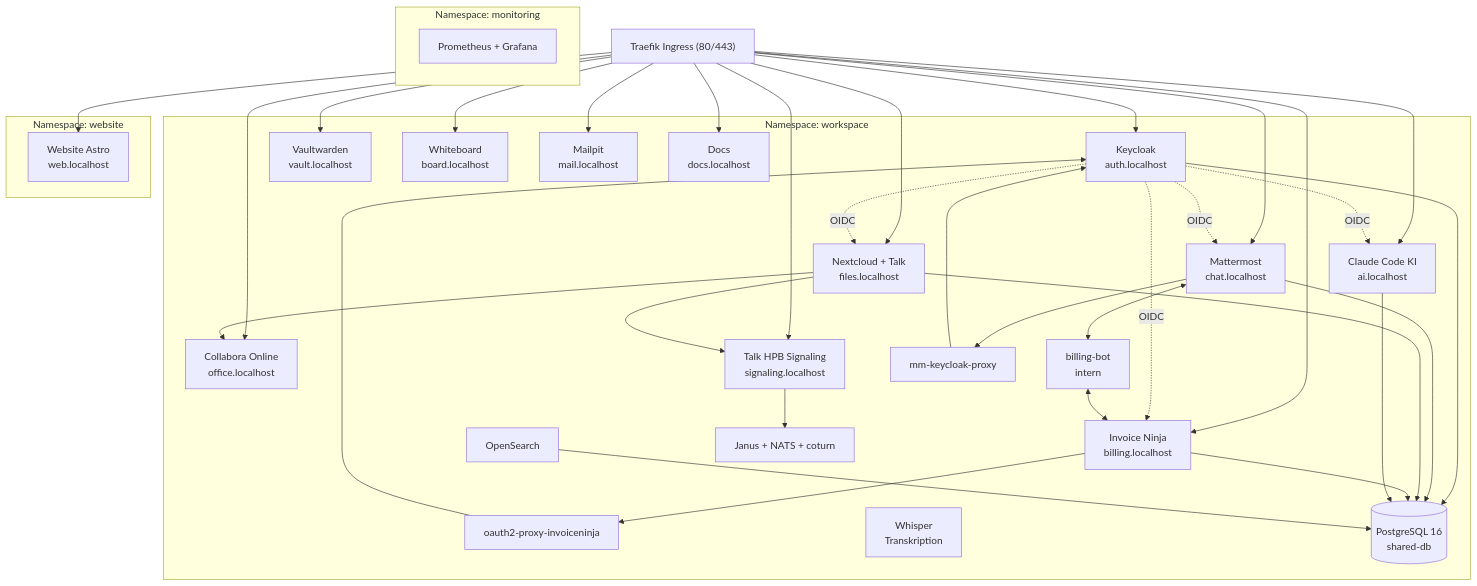
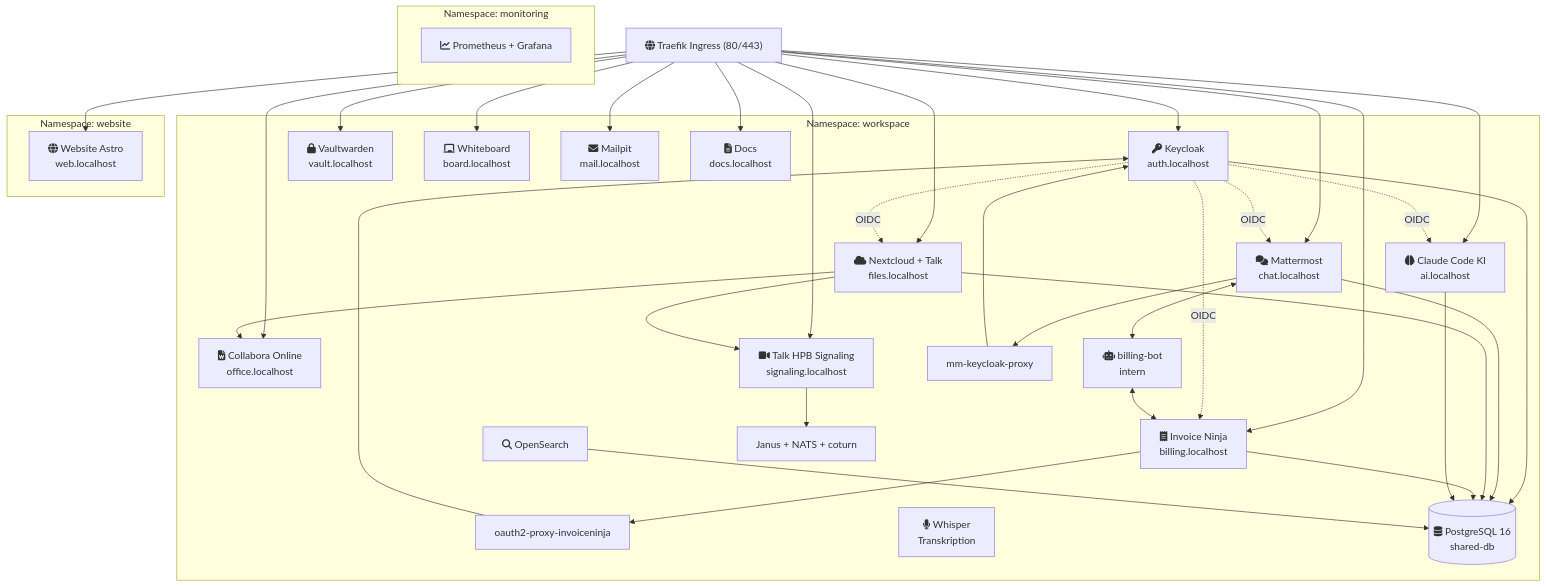
The diagram in CLAUDE.md (Paddione/Bachelorprojekt), drawn with Mermaid before and after one commit. The commit also changed 6 other files, not shown here.

First line of the commit message:
docs: Dokumentation ins Deutsche übersetzen und Mermaid-Diagramme visuell aufwerten

````diff
--- a/CLAUDE.md
+++ b/CLAUDE.md
@@ -113,45 +113,45 @@
 ```mermaid
 graph TB
-    Traefik["Traefik Ingress (80/443)"]
+    Traefik["fa:fa-globe Traefik Ingress (80/443)"]
 
     subgraph workspace ["Namespace: workspace"]
-        KC[Keycloak<br/>auth.localhost]
-        MM[Mattermost<br/>chat.localhost]
-        NC[Nextcloud + Talk<br/>files.localhost]
-        CO[Collabora Online<br/>office.localhost]
-        HPB[Talk HPB Signaling<br/>signaling.localhost]
-        OC[Claude Code KI<br/>ai.localhost]
-        IN[Invoice Ninja<br/>billing.localhost]
-        VW[Vaultwarden<br/>vault.localhost]
-        WB[Whiteboard<br/>board.localhost]
-        MP[Mailpit<br/>mail.localhost]
-        OS[OpenSearch]
-        DOCS[Docs<br/>docs.localhost]
-        BB[billing-bot<br/>intern]
+        KC["fa:fa-key Keycloak<br/>auth.localhost"]
+        MM["fa:fa-comments Mattermost<br/>chat.localhost"]
+        NC["fa:fa-cloud Nextcloud + Talk<br/>files.localhost"]
+        CO["fa:fa-file-word Collabora Online<br/>office.localhost"]
+        HPB["fa:fa-video Talk HPB Signaling<br/>signaling.localhost"]
+        OC["fa:fa-brain Claude Code KI<br/>ai.localhost"]
+        IN["fa:fa-receipt Invoice Ninja<br/>billing.localhost"]
+        VW["fa:fa-lock Vaultwarden<br/>vault.localhost"]
+        WB["fa:fa-chalkboard Whiteboard<br/>board.localhost"]
+        MP["fa:fa-envelope Mailpit<br/>mail.localhost"]
+        OS["fa:fa-search OpenSearch"]
+        DOCS["fa:fa-file-lines Docs<br/>docs.localhost"]
+        BB["fa:fa-robot billing-bot<br/>intern"]
         PROXY[mm-keycloak-proxy]
         OAUTH[oauth2-proxy-invoiceninja]
-        WHISPER[Whisper<br/>Transkription]
+        WHISPER["fa:fa-microphone Whisper<br/>Transkription"]
         JANUS[Janus + NATS + coturn]
-        DB[(PostgreSQL 16<br/>shared-db)]
+        DB[("fa:fa-database PostgreSQL 16<br/>shared-db")]
     end
 
     subgraph website-ns ["Namespace: website"]
-        WEB[Website Astro<br/>web.localhost]
+        WEB["fa:fa-globe Website Astro<br/>web.localhost"]
     end
 
     subgraph monitoring-ns ["Namespace: monitoring"]
-        PROM[Prometheus + Grafana]
+        PROM["fa:fa-chart-line Prometheus + Grafana"]
     end
 
     Traefik --> KC & MM & NC & CO & HPB & OC & IN & VW & WB & MP & DOCS & WEB
 
     KC -. OIDC .-> MM & NC & IN & OC
     PROXY --> KC
     MM --> PROXY
     OAUTH --> KC
     IN --> OAUTH
     MM <--> BB <--> IN
     NC --> CO
     NC --> HPB --> JANUS
     KC & MM & NC & IN & OC & OS --> DB
 ```
````
